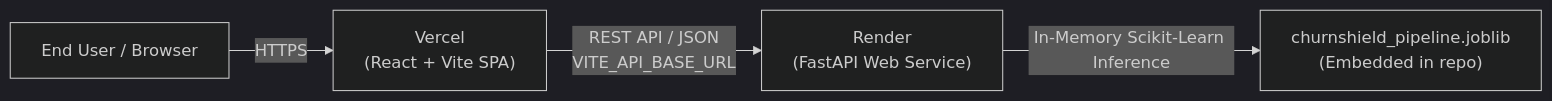
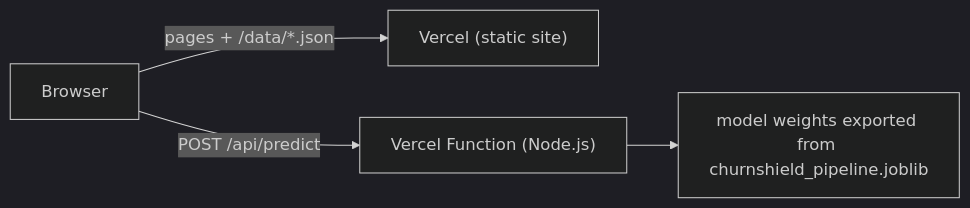
The diagram in docs/DEPLOYMENT_GUIDE.md (SharmaaAnmol/ChurnShield), drawn with Mermaid (dark theme) before and after one commit. The commit also changed other lines of this file and 21 other files, not shown here.

First line of the commit message:
feat(site): How it's built page, clearer story path, tidy repo

````diff
--- a/docs/DEPLOYMENT_GUIDE.md
+++ b/docs/DEPLOYMENT_GUIDE.md
@@ -11,6 +6,6 @@
 ```mermaid
 flowchart LR
-    User["End User / Browser"] -->|"HTTPS"| Vercel["Vercel\n(React + Vite SPA)"]
-    Vercel -->|"REST API / JSON\nVITE_API_BASE_URL"| Render["Render\n(FastAPI Web Service)"]
-    Render -->|"In-Memory Scikit-Learn Inference"| Joblib["churnshield_pipeline.joblib\n(Embedded in repo)"]
+    Browser -->|"pages + /data/*.json"| Vercel["Vercel (static site)"]
+    Browser -->|"POST /api/predict"| Fn["Vercel Function (Node.js)"]
+    Fn --> W["model weights exported from churnshield_pipeline.joblib"]
 ```
````
